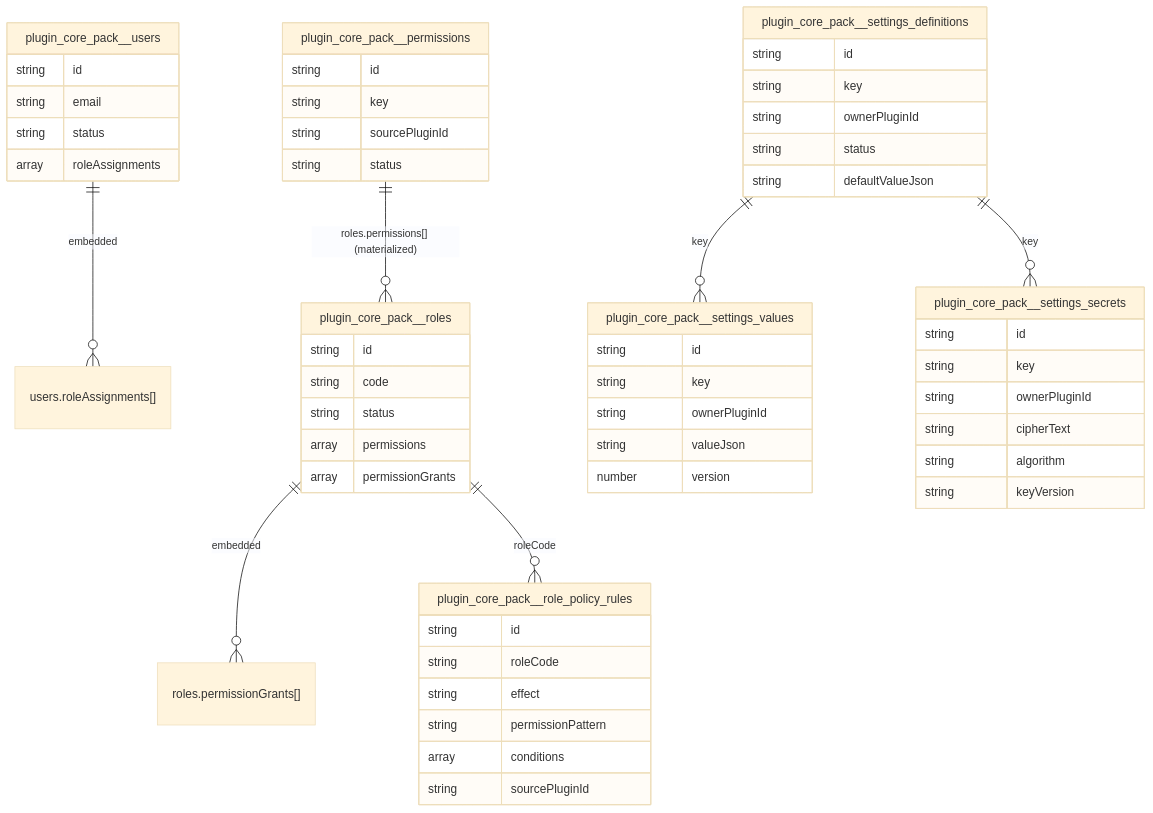
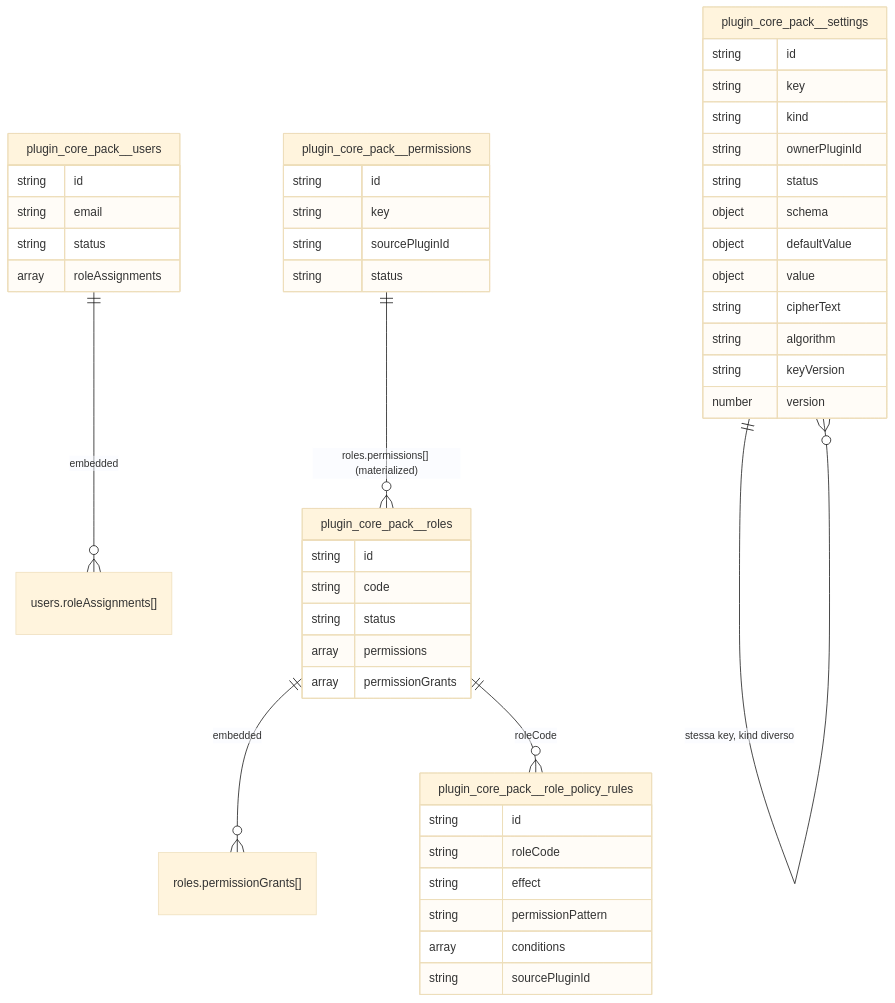
One commit to tascaenzo/trinacria-cms changed the diagram in docs/cms/it/0004-persistence-mongo-e-entity.md. Above: the diagram before and after it, drawn with Mermaid (base theme). The commit also changed other lines of this file and 5 other files, not shown here.

Commit message:
docs(cms): align kernel/core-pack docs with current runtime and schema

````diff
--- a/docs/cms/it/0004-persistence-mongo-e-entity.md
+++ b/docs/cms/it/0004-persistence-mongo-e-entity.md
@@ -115,65 +113,54 @@
 ```mermaid
 erDiagram
   "plugin_core_pack__users" ||--o{ "users.roleAssignments[]" : "embedded"
   "plugin_core_pack__roles" ||--o{ "roles.permissionGrants[]" : "embedded"
   "plugin_core_pack__roles" ||--o{ "plugin_core_pack__role_policy_rules" : "roleCode"
   "plugin_core_pack__permissions" ||--o{ "plugin_core_pack__roles" : "roles.permissions[] (materialized)"
-  "plugin_core_pack__settings_definitions" ||--o{ "plugin_core_pack__settings_values" : "key"
-  "plugin_core_pack__settings_definitions" ||--o{ "plugin_core_pack__settings_secrets" : "key"
+  "plugin_core_pack__settings" ||--o{ "plugin_core_pack__settings" : "stessa key, kind diverso"
 
   "plugin_core_pack__users" {
     string id
     string email
     string status
     array roleAssignments
   }
 
   "plugin_core_pack__roles" {
     string id
     string code
     string status
     array permissions
     array permissionGrants
   }
 
   "plugin_core_pack__permissions" {
     string id
     string key
     string sourcePluginId
     string status
   }
 
   "plugin_core_pack__role_policy_rules" {
     string id
     string roleCode
     string effect
     string permissionPattern
     array conditions
     string sourcePluginId
   }
 
-  "plugin_core_pack__settings_definitions" {
+  "plugin_core_pack__settings" {
     string id
     string key
+    string kind
     string ownerPluginId
     string status
-    string defaultValueJson
-  }
-
-  "plugin_core_pack__settings_values" {
-    string id
-    string key
-    string ownerPluginId
-    string valueJson
-    number version
-  }
-
-  "plugin_core_pack__settings_secrets" {
-    string id
-    string key
-    string ownerPluginId
+    object schema
+    object defaultValue
+    object value
     string cipherText
     string algorithm
     string keyVersion
+    number version
   }
 ```
````
